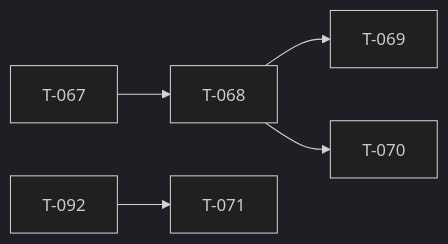
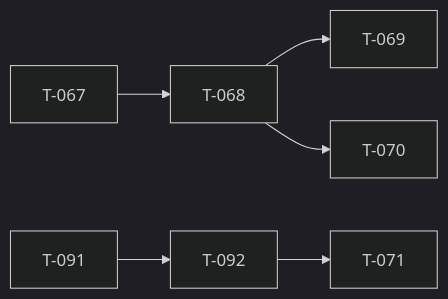
Before and after one commit to darkforce09/TBD-reforger: the diagram in docs/TICKET_LEAD.md, drawn with Mermaid (dark theme). The commit also changed other lines of this file and 16 other files, not shown here.

````diff
--- a/docs/TICKET_LEAD.md
+++ b/docs/TICKET_LEAD.md
@@ -31,7 +30,8 @@
 ```mermaid
 flowchart LR
   T067[T-067] --> T068[T-068]
   T068[T-068] --> T069[T-069]
   T068[T-068] --> T070[T-070]
   T092[T-092] --> T071[T-071]
+  T091[T-091] --> T092[T-092]
 ```
````
